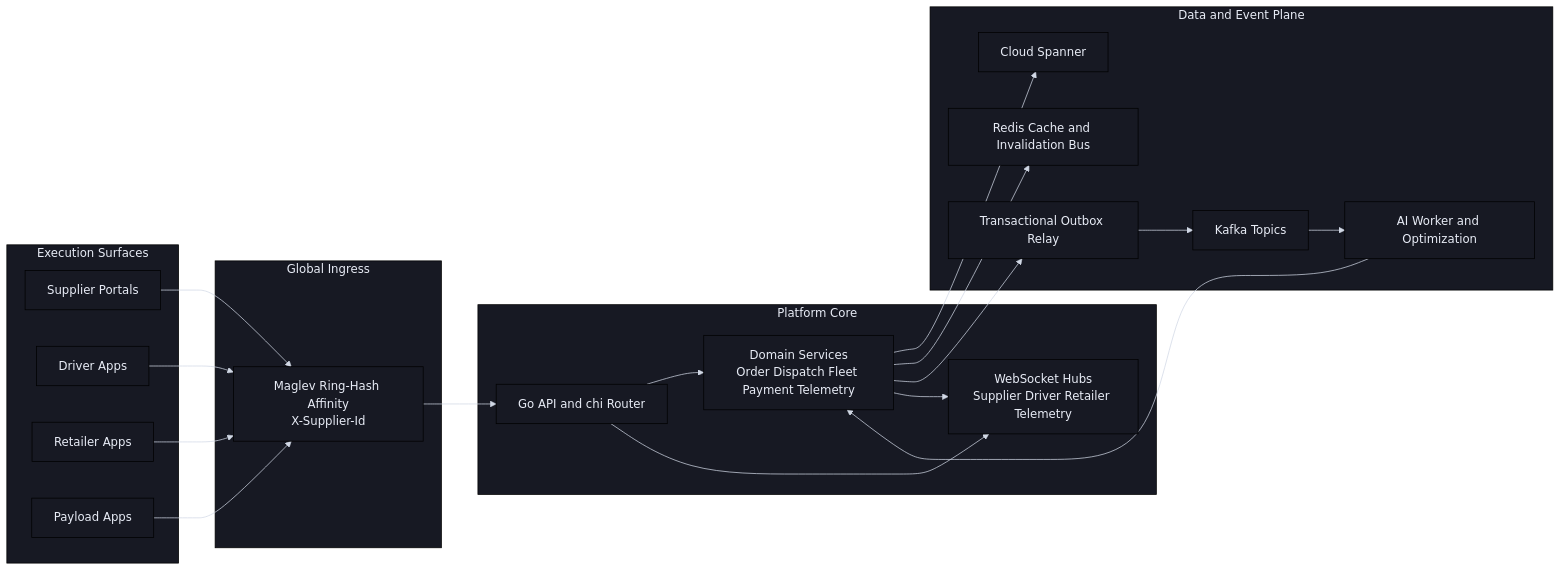
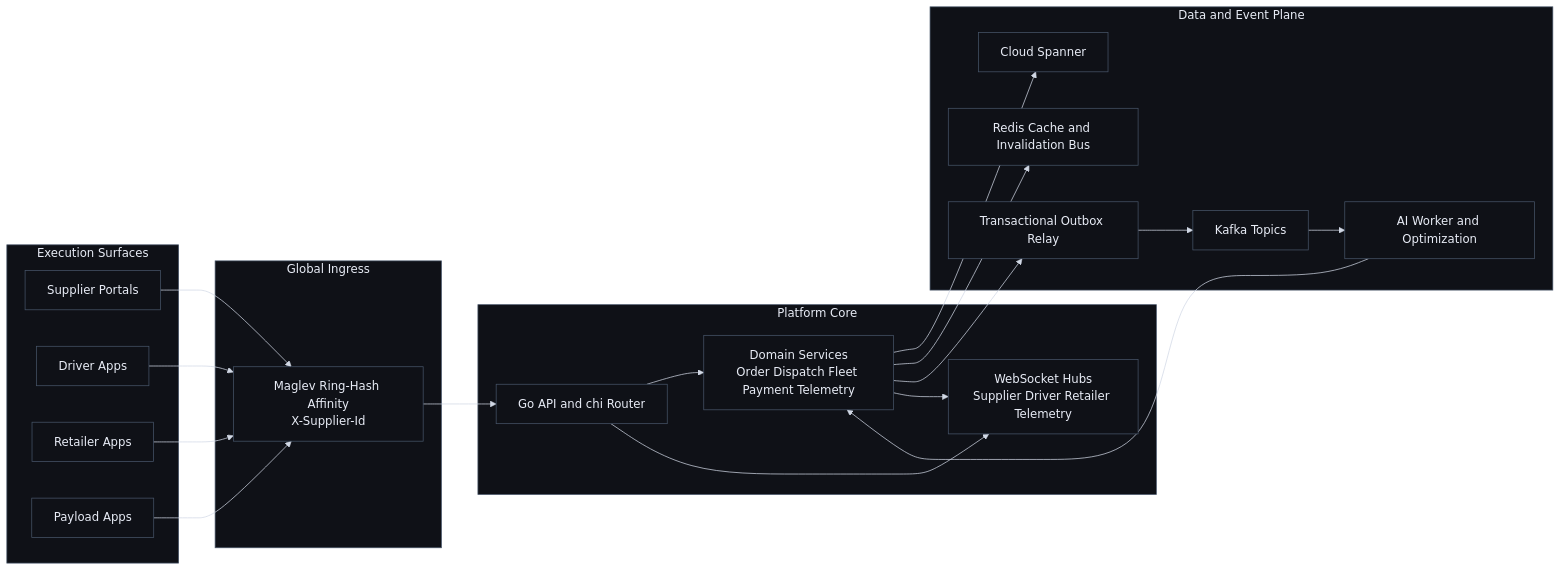
Before and after one commit to CYBERSTALKER07/ATOMOS: the first of 4 diagrams in README.md, drawn with Mermaid. The commit also changed 13 other files, not shown here.

````diff
--- a/README.md
+++ b/README.md
@@ -76,44 +76,44 @@
 ```mermaid
-%%{init: {"theme":"base","themeVariables":{"darkMode":true,"background":"#000000","primaryColor":"#171923","primaryTextColor":"#E8ECF6","primaryBorderColor":"#000000","secondaryColor":"#1F2430","secondaryTextColor":"#E8ECF6","secondaryBorderColor":"#000000","tertiaryColor":"#222A35","tertiaryTextColor":"#E8ECF6","tertiaryBorderColor":"#000000","lineColor":"#D1D8E5","textColor":"#E8ECF6","mainBkg":"#171923","nodeBorder":"#000000","clusterBkg":"#171923","clusterBorder":"#000000","titleColor":"#E8ECF6","edgeLabelBackground":"#171923","actorBkg":"#171923","actorBorder":"#000000","actorTextColor":"#E8ECF6","actorLineColor":"#D1D8E5","signalColor":"#D1D8E5","signalTextColor":"#E8ECF6","labelBoxBkgColor":"#171923","labelBoxBorderColor":"#000000","labelTextColor":"#E8ECF6","loopTextColor":"#E8ECF6","activationBkgColor":"#242B38","activationBorderColor":"#000000","sequenceNumberColor":"#000000","stateBkg":"#171923","stateBorder":"#000000","stateTextColor":"#E8ECF6","noteBkgColor":"#171923","noteTextColor":"#E8ECF6","noteBorderColor":"#000000"},"themeCSS":".edgeLabel text,.label text,.stateLabel text,.messageText,.nodeLabel{fill:#E8ECF6 !important;color:#E8ECF6 !important;} rect,.actor,.note,.labelBox,.edgeLabel rect{stroke:none !important;rx:40px !important;ry:40px !important;} .edgeLabel rect{fill:rgba(255,255,255,0.12) !important;opacity:1 !important;} .messageLine0,.messageLine1,.loopLine{stroke:#D1D8E5 !important;} .stateGroup circle,.stateGroup rect,.statediagram-state rect{stroke:none !important;}"}}%%
+%%{init: {"theme":"base","themeVariables":{"darkMode":true,"background":"#000000","primaryColor":"#0F1117","primaryTextColor":"#E8ECF6","primaryBorderColor":"#475569","secondaryColor":"#141923","secondaryTextColor":"#E8ECF6","secondaryBorderColor":"#475569","tertiaryColor":"#1A2230","tertiaryTextColor":"#E8ECF6","tertiaryBorderColor":"#475569","lineColor":"#D1D8E5","textColor":"#E8ECF6","mainBkg":"#0F1117","nodeBorder":"#475569","clusterBkg":"#0F1117","clusterBorder":"#475569","titleColor":"#E8ECF6","edgeLabelBackground":"#0F1117","actorBkg":"#0F1117","actorBorder":"#475569","actorTextColor":"#E8ECF6","actorLineColor":"#D1D8E5","signalColor":"#D1D8E5","signalTextColor":"#E8ECF6","labelBoxBkgColor":"#0F1117","labelBoxBorderColor":"#475569","labelTextColor":"#E8ECF6","loopTextColor":"#E8ECF6","activationBkgColor":"#1F2633","activationBorderColor":"#475569","sequenceNumberColor":"#000000","stateBkg":"#0F1117","stateBorder":"#475569","stateTextColor":"#E8ECF6","noteBkgColor":"#0F1117","noteTextColor":"#E8ECF6","noteBorderColor":"#475569"},"themeCSS":".edgeLabel text,.label text,.stateLabel text,.messageText,.nodeLabel{fill:#E8ECF6 !important;color:#E8ECF6 !important;} rect,.actor,.note,.labelBox,.edgeLabel rect{stroke:rgba(148,163,184,0.45) !important;stroke-width:1.2px !important;rx:40px !important;ry:40px !important;} .edgeLabel rect{fill:rgba(10,12,16,0.86) !important;opacity:1 !important;} .cluster > rect{fill:rgba(10,12,16,0.78) !important;} .messageLine0,.messageLine1,.loopLine{stroke:#D1D8E5 !important;}"}}%%
 flowchart LR
    subgraph Clients[Execution Surfaces]
       SP[Supplier Portals]
       DP[Driver Apps]
       RP[Retailer Apps]
       PP[Payload Apps]
    end
 
    subgraph Ingress[Global Ingress]
       MAG[Maglev Ring-Hash Affinity\nX-Supplier-Id]
    end
 
    subgraph Core[Platform Core]
       API[Go API and chi Router]
       DOM[Domain Services\nOrder Dispatch Fleet Payment Telemetry]
       HUB[WebSocket Hubs\nSupplier Driver Retailer Telemetry]
    end
 
    subgraph Plane[Data and Event Plane]
       SPN[Cloud Spanner]
       RED[Redis Cache and Invalidation Bus]
       KAF[Kafka Topics]
       OBX[Transactional Outbox Relay]
       AI[AI Worker and Optimization]
    end
 
    SP --> MAG
    DP --> MAG
    RP --> MAG
    PP --> MAG
    MAG --> API
 
    API --> DOM
    API --> HUB
    DOM --> SPN
    DOM --> RED
    DOM --> OBX
    OBX --> KAF
    KAF --> AI
    AI --> DOM
    DOM --> HUB
 ```
````
